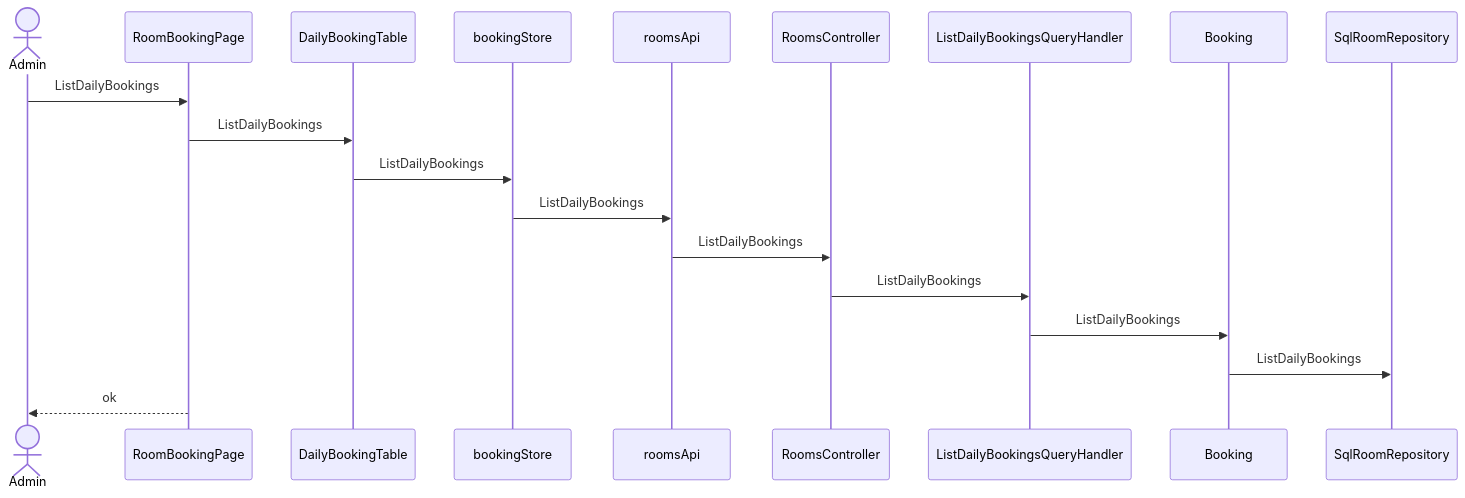
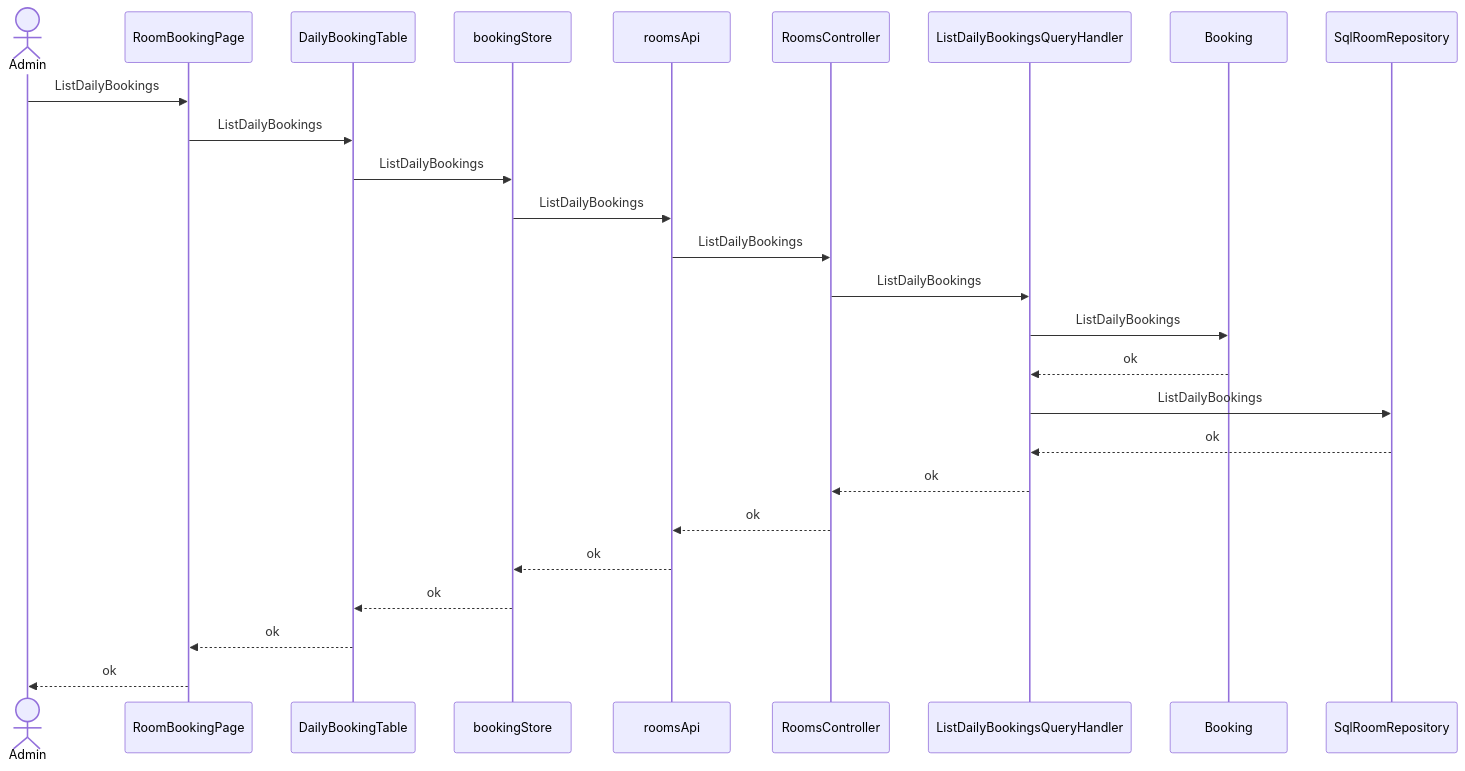
The sixth of 6 diagrams in skills/spec-dev-process/examples/matrix/fs-balance-mixed-s2/specs/rd/room-booking/spec/30-architecture-c4.md (pin0513/AITools), drawn with Mermaid before and after one commit. The commit also changed other lines of this file and 257 other files, not shown here.

````diff
--- a/skills/spec-dev-process/examples/matrix/fs-balance-mixed-s2/specs/rd/room-booking/spec/30-architecture-c4.md
+++ b/skills/spec-dev-process/examples/matrix/fs-balance-mixed-s2/specs/rd/room-booking/spec/30-architecture-c4.md
@@ -183,21 +198,28 @@
 ```mermaid
 sequenceDiagram
   actor U as Admin
   participant CMP001 as RoomBookingPage
   participant CMP004 as DailyBookingTable
   participant CMP005 as bookingStore
   participant CMP006 as roomsApi
   participant CMP007 as RoomsController
   participant CMP011 as ListDailyBookingsQueryHandler
   participant CMP012 as Booking
   participant CMP013 as SqlRoomRepository
   U->>CMP001: ListDailyBookings
   CMP001->>CMP004: ListDailyBookings
   CMP004->>CMP005: ListDailyBookings
   CMP005->>CMP006: ListDailyBookings
   CMP006->>CMP007: ListDailyBookings
   CMP007->>CMP011: ListDailyBookings
   CMP011->>CMP012: ListDailyBookings
-  CMP012->>CMP013: ListDailyBookings
+  CMP012-->>CMP011: ok
+  CMP011->>CMP013: ListDailyBookings
+  CMP013-->>CMP011: ok
+  CMP011-->>CMP007: ok
+  CMP007-->>CMP006: ok
+  CMP006-->>CMP005: ok
+  CMP005-->>CMP004: ok
+  CMP004-->>CMP001: ok
   CMP001-->>U: ok
 ```
````
